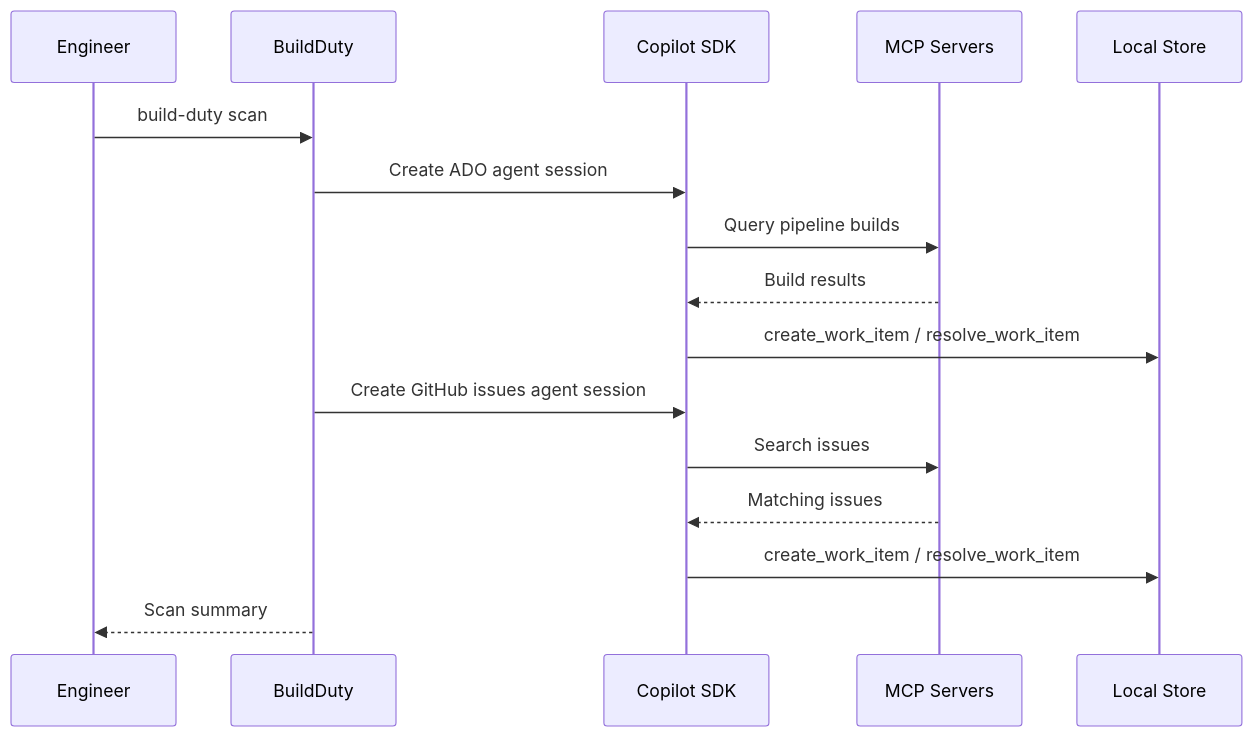
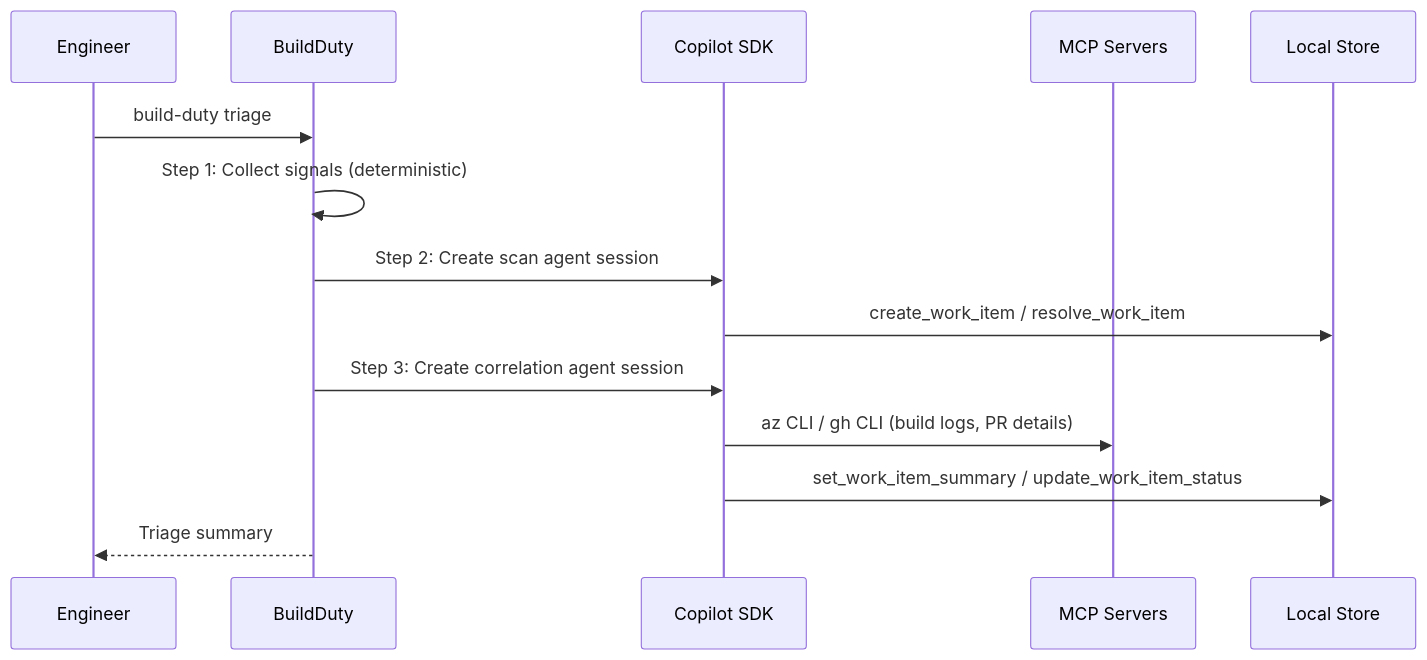
Before and after one commit to ellahathaway/build-duty: the second of 2 diagrams in docs/design-doc.md, drawn with Mermaid. The commit also changed other lines of this file and 16 other files, not shown here.

Commit message:
Triage pipeline: 4-step collect → scan → summarize → correlate flow

````diff
--- a/docs/design-doc.md
+++ b/docs/design-doc.md
@@ -78,19 +79,17 @@
 ```mermaid
 sequenceDiagram
   participant U as Engineer
   participant B as BuildDuty
   participant C as Copilot SDK
   participant M as MCP Servers
   participant S as Local Store
 
-  U->>B: build-duty scan
-  B->>C: Create ADO agent session
-  C->>M: Query pipeline builds
-  M-->>C: Build results
+  U->>B: build-duty triage
+  B->>B: Step 1: Collect signals (deterministic)
+  B->>C: Step 2: Create scan agent session
   C->>S: create_work_item / resolve_work_item
-  B->>C: Create GitHub issues agent session
-  C->>M: Search issues
-  M-->>C: Matching issues
-  C->>S: create_work_item / resolve_work_item
-  B-->>U: Scan summary
+  B->>C: Step 3: Create correlation agent session
+  C->>M: az CLI / gh CLI (build logs, PR details)
+  C->>S: set_work_item_summary / update_work_item_status
+  B-->>U: Triage summary
 ```
````
